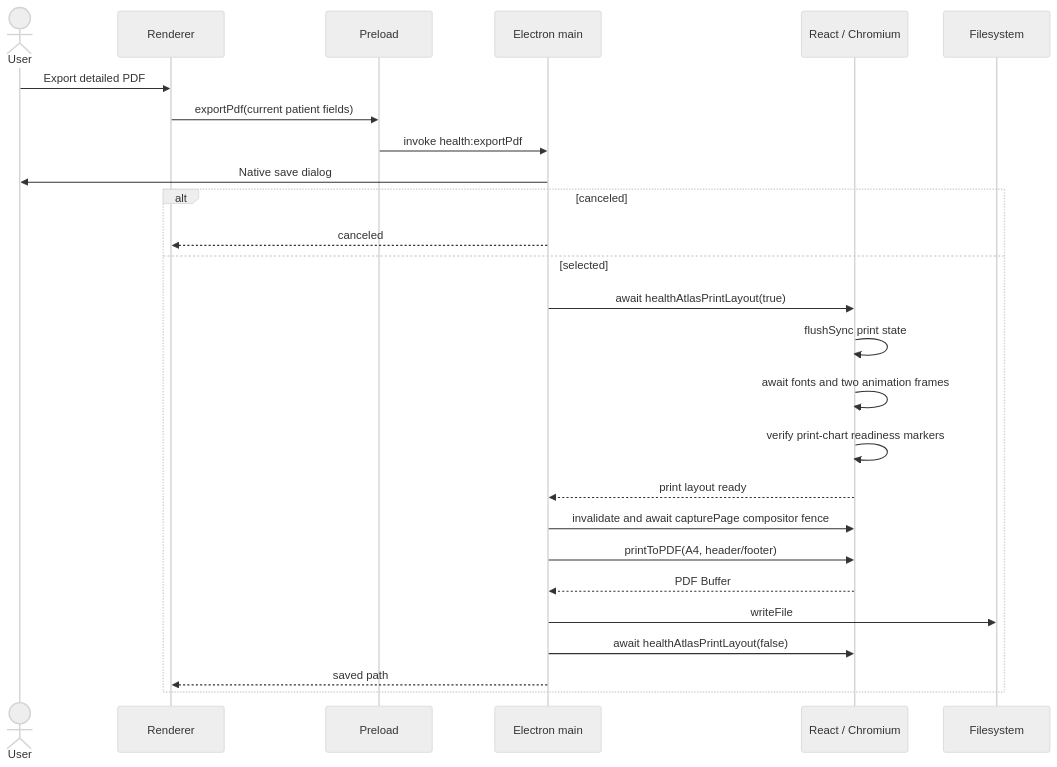
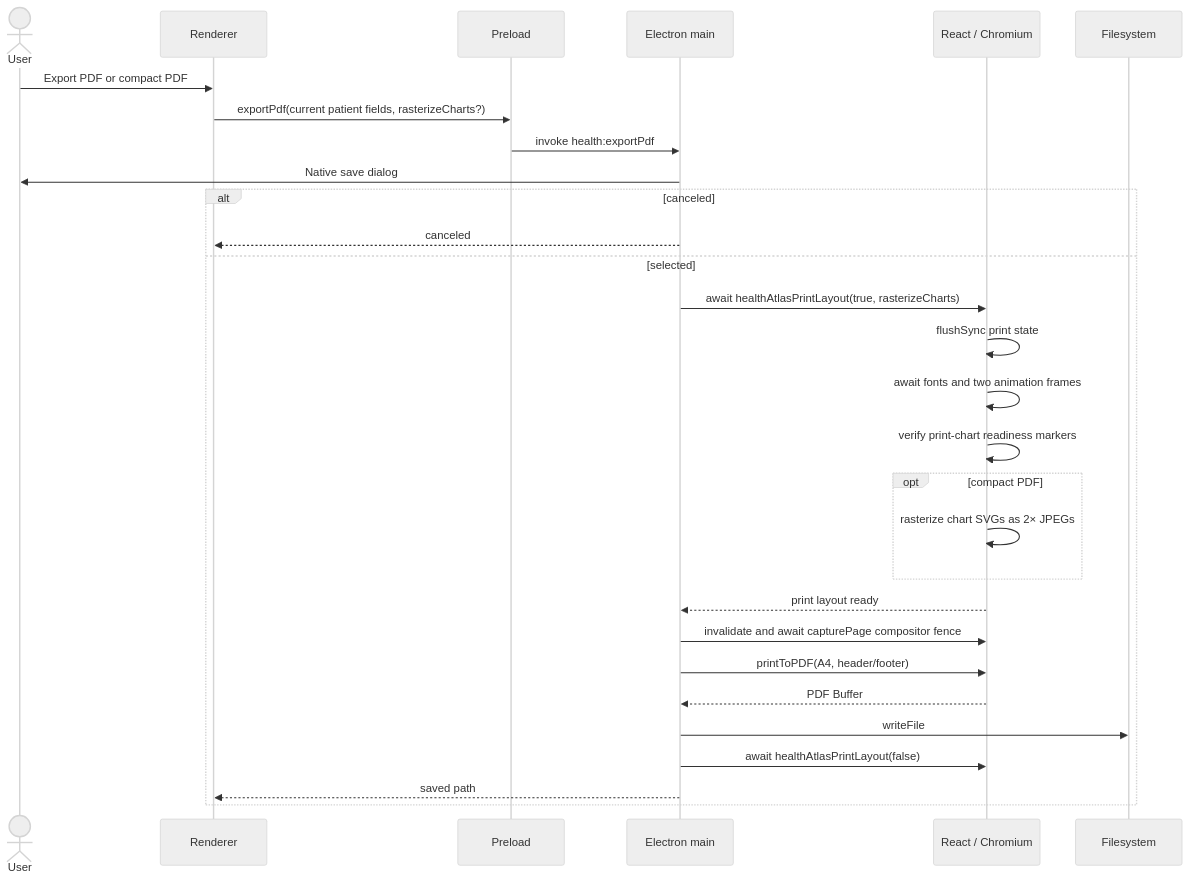
The fifth of 5 diagrams in docs/ARCHITECTURE.md (kiforsbe/ahdreport), drawn with Mermaid (neutral theme) before and after one commit. The commit also changed other lines of this file and 1 other file, not shown here.

Commit message:
Document export and chart updates

````diff
--- a/docs/ARCHITECTURE.md
+++ b/docs/ARCHITECTURE.md
@@ -308,29 +335,32 @@
 ```mermaid
 sequenceDiagram
     actor User
     participant UI as Renderer
     participant Bridge as Preload
     participant Main as Electron main
     participant DOM as React / Chromium
     participant FS as Filesystem
 
-    User->>UI: Export detailed PDF
-    UI->>Bridge: exportPdf(current patient fields)
+    User->>UI: Export PDF or compact PDF
+    UI->>Bridge: exportPdf(current patient fields, rasterizeCharts?)
     Bridge->>Main: invoke health:exportPdf
     Main->>User: Native save dialog
     alt canceled
         Main-->>UI: canceled
     else selected
-        Main->>DOM: await healthAtlasPrintLayout(true)
+        Main->>DOM: await healthAtlasPrintLayout(true, rasterizeCharts)
         DOM->>DOM: flushSync print state
         DOM->>DOM: await fonts and two animation frames
         DOM->>DOM: verify print-chart readiness markers
+        opt compact PDF
+            DOM->>DOM: rasterize chart SVGs as 2× JPEGs
+        end
         DOM-->>Main: print layout ready
         Main->>DOM: invalidate and await capturePage compositor fence
         Main->>DOM: printToPDF(A4, header/footer)
         DOM-->>Main: PDF Buffer
         Main->>FS: writeFile
         Main->>DOM: await healthAtlasPrintLayout(false)
         Main-->>UI: saved path
     end
 ```
````
